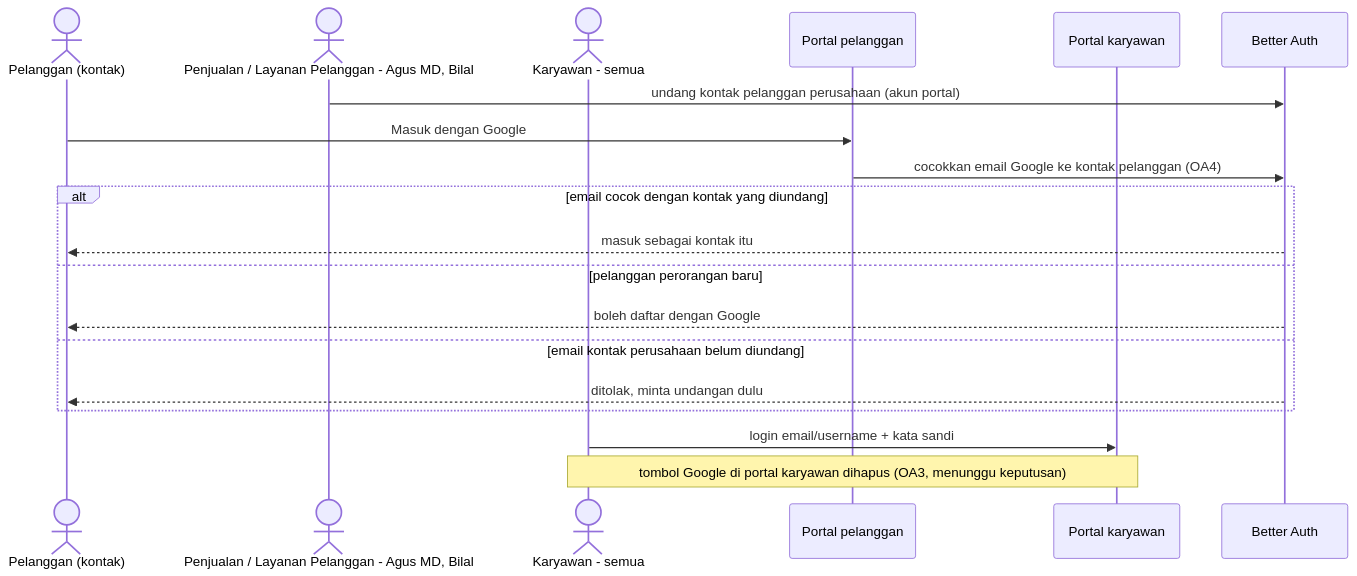
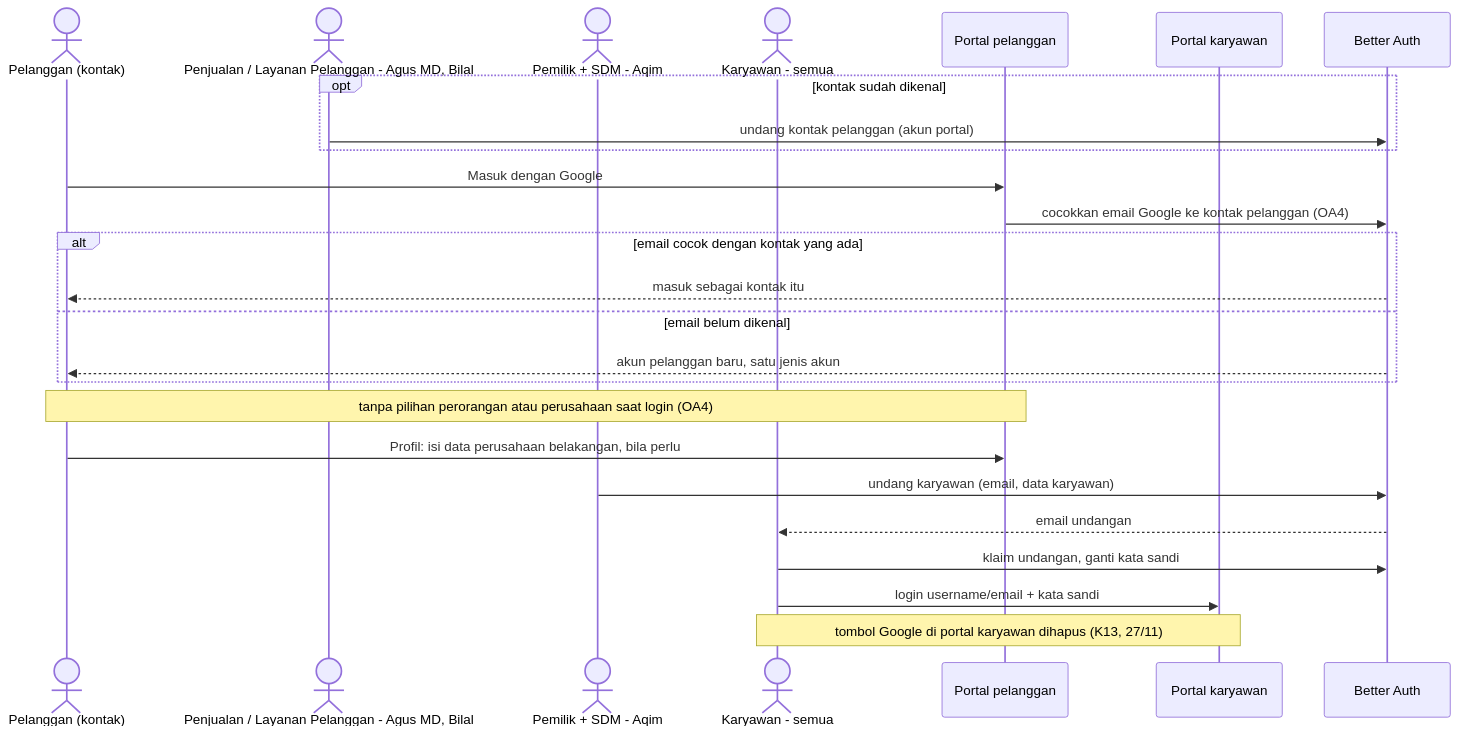
Diagram 14 of 22 in docs/adjustment/diagram-alur/sekarang-vs-sesudah.md (okifirsyah404/ims-erp), drawn with Mermaid before and after one commit. The commit also changed other lines of this file and 10 other files, not shown here.

````diff
--- a/docs/adjustment/diagram-alur/sekarang-vs-sesudah.md
+++ b/docs/adjustment/diagram-alur/sekarang-vs-sesudah.md
@@ -549,22 +557,28 @@
 ```mermaid
 sequenceDiagram
     actor C as Pelanggan (kontak)
     actor S as Penjualan / Layanan Pelanggan - Agus MD, Bilal
+    actor W as Pemilik + SDM - Aqim
     actor K as Karyawan - semua
     participant CP as Portal pelanggan
     participant EP as Portal karyawan
     participant AUTH as Better Auth
 
-    S->>AUTH: undang kontak pelanggan perusahaan (akun portal)
+    opt kontak sudah dikenal
+        S->>AUTH: undang kontak pelanggan (akun portal)
+    end
     C->>CP: Masuk dengan Google
     CP->>AUTH: cocokkan email Google ke kontak pelanggan (OA4)
-    alt email cocok dengan kontak yang diundang
+    alt email cocok dengan kontak yang ada
         AUTH-->>C: masuk sebagai kontak itu
-    else pelanggan perorangan baru
-        AUTH-->>C: boleh daftar dengan Google
-    else email kontak perusahaan belum diundang
-        AUTH-->>C: ditolak, minta undangan dulu
+    else email belum dikenal
+        AUTH-->>C: akun pelanggan baru, satu jenis akun
     end
-    K->>EP: login email/username + kata sandi
-    Note over K,EP: tombol Google di portal karyawan dihapus (OA3, menunggu keputusan)
+    Note over C,CP: tanpa pilihan perorangan atau perusahaan saat login (OA4)
+    C->>CP: Profil: isi data perusahaan belakangan, bila perlu
+    W->>AUTH: undang karyawan (email, data karyawan)
+    AUTH-->>K: email undangan
+    K->>AUTH: klaim undangan, ganti kata sandi
+    K->>EP: login username/email + kata sandi
+    Note over K,EP: tombol Google di portal karyawan dihapus (K13, 27/11)
 ```
````
